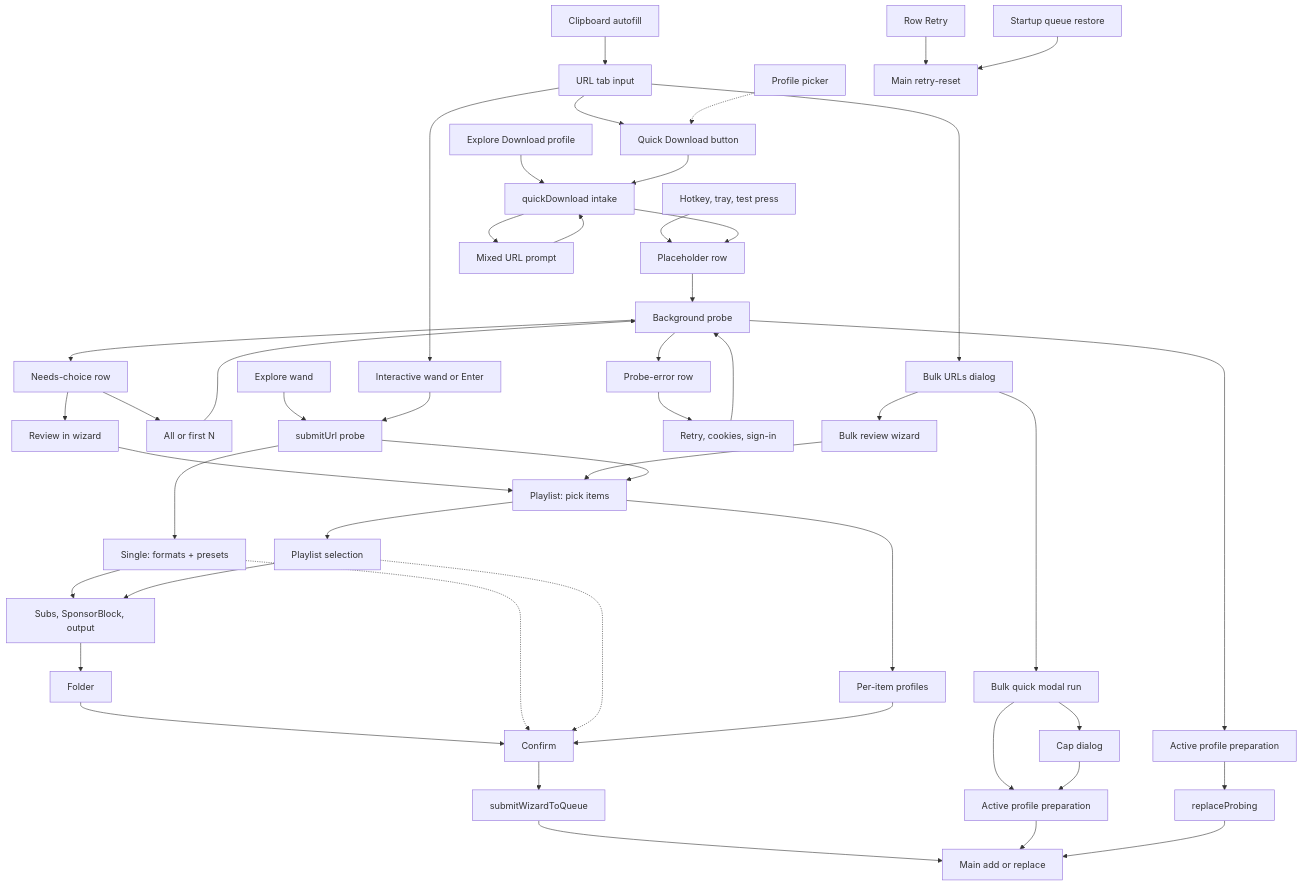
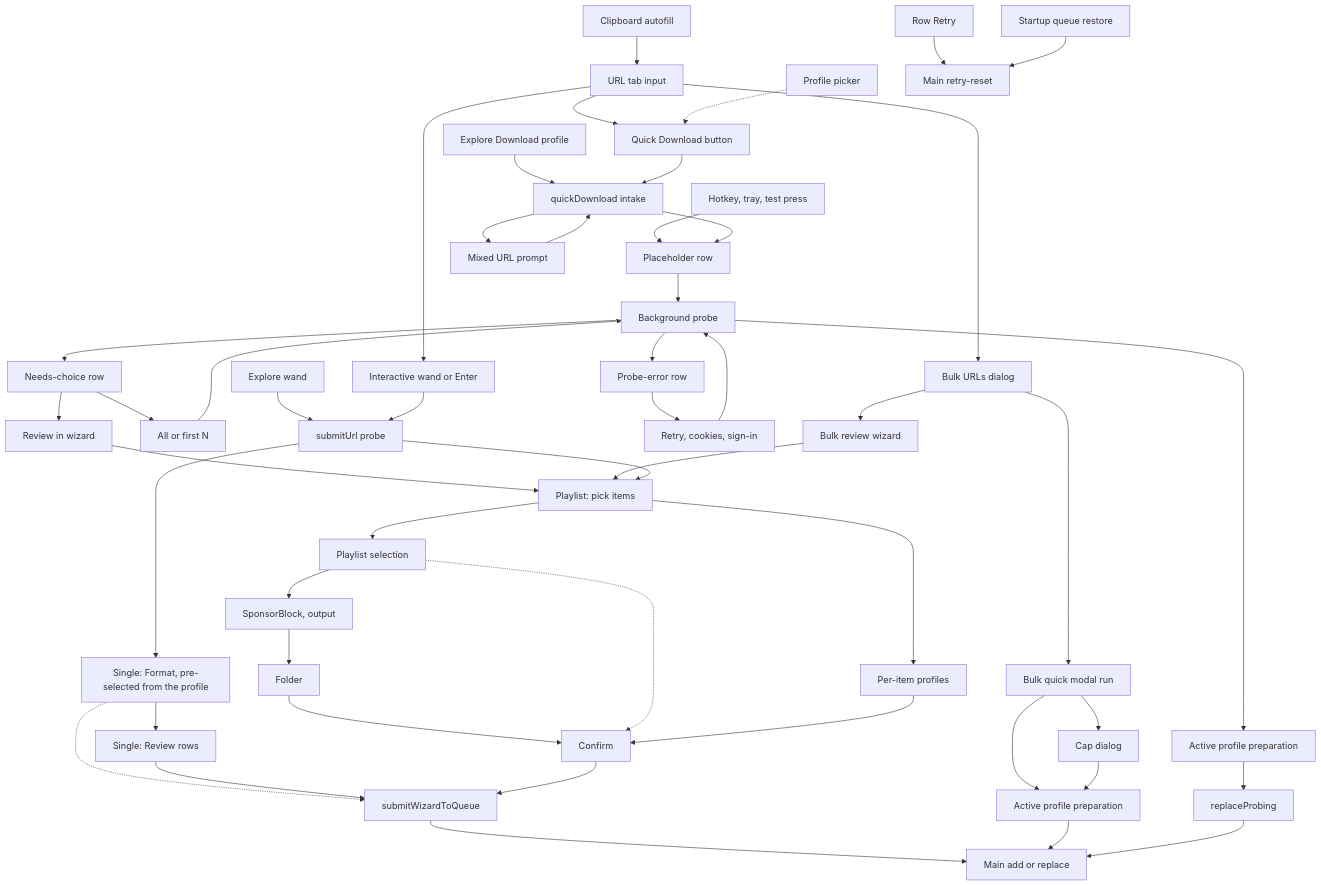
The diagram in dev-docs/download-workflows.md (DragoonT/Arroxy), drawn with Mermaid before and after one commit. The commit also changed other lines of this file and 199 other files, not shown here.

First line of the commit message:
feat(wizard): profile-first Format and Review for single videos (#285)

````diff
--- a/dev-docs/download-workflows.md
+++ b/dev-docs/download-workflows.md
@@ -22,41 +22,42 @@
 ```mermaid
 graph TD
   URL[URL tab input] --> QBTN[Quick Download button]
   URL --> WAND[Interactive wand or Enter]
   URL --> BULK[Bulk URLs dialog]
   CLIP[Clipboard autofill] --> URL
   PICK[Profile picker] -.-> QBTN
   EXD[Explore Download profile] --> QD
   EXW[Explore wand] --> SU
   HK[Hotkey, tray, test press] --> PLC
   QBTN --> QD[quickDownload intake]
   QD --> MIX[Mixed URL prompt] --> QD
   QD --> PLC[Placeholder row]
   PLC --> PRB[Background probe]
   PRB --> APS[Active profile preparation]
   PRB --> NC[Needs-choice row]
   PRB --> PE[Probe-error row]
   NC --> ALL[All or first N] --> PRB
   NC --> REV[Review in wizard] --> WP
   PE --> RTY[Retry, cookies, sign-in] --> PRB
   APS --> SWAP[replaceProbing]
   BULK --> BQ[Bulk quick modal run] --> APS2[Active profile preparation]
   BQ --> CAP[Cap dialog] --> APS2
   BULK --> BW[Bulk review wizard] --> WP
   WAND --> SU[submitUrl probe]
-  SU --> WS[Single: formats + presets]
+  SU --> WS[Single: Format, pre-selected from the profile]
+  WS --> RVW[Single: Review rows]
+  WS -.-> SUB
+  RVW --> SUB
   SU --> WP[Playlist: pick items]
   WP --> PP[Playlist selection]
   WP --> MPM[Per-item profiles]
-  WS --> OPT[Subs, SponsorBlock, output]
-  PP --> OPT
+  PP --> OPT[SponsorBlock, output]
   OPT --> FLD[Folder] --> CNF[Confirm]
-  WS -.-> CNF
   PP -.-> CNF
   MPM --> CNF
   CNF --> SUB[submitWizardToQueue] --> ADD[Main add or replace]
   APS2 --> ADD
   SWAP --> ADD
   DLR[Row Retry] --> MAIN[Main retry-reset]
   BOOT[Startup queue restore] --> MAIN
 ```
````
